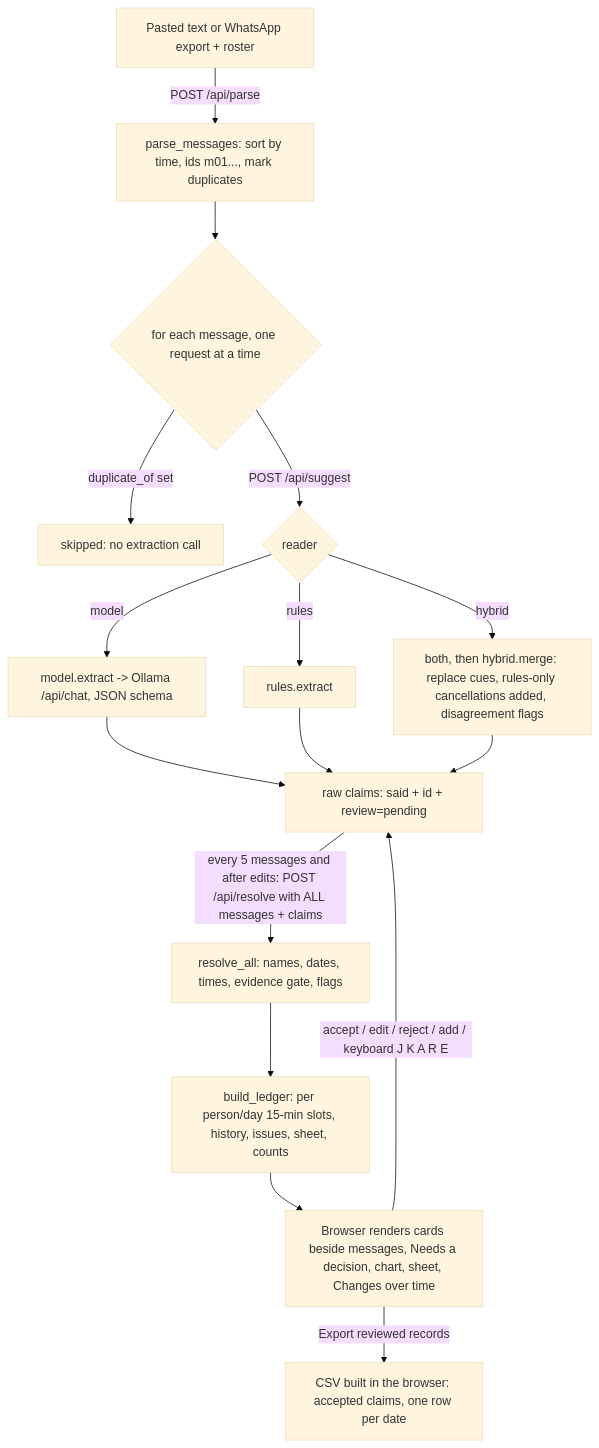
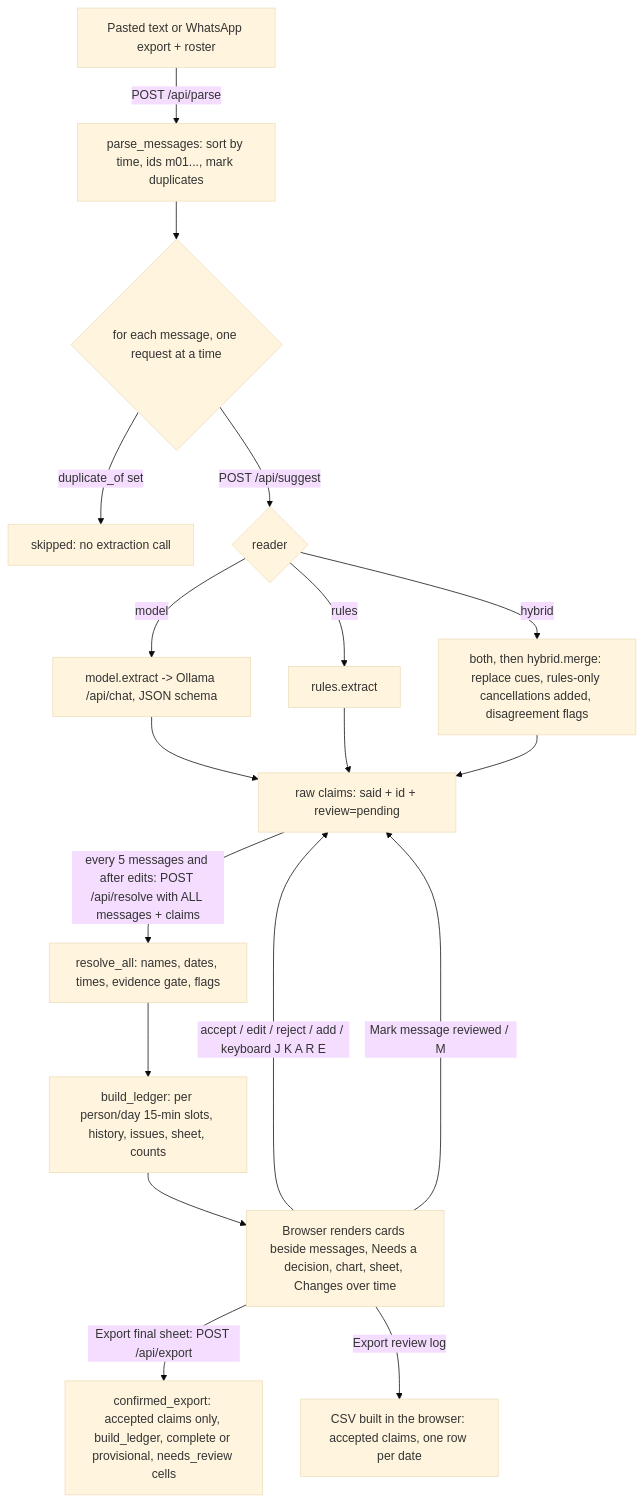
The diagram in docs/ARCHITECTURE.md (bipul724/availability-ledger), drawn with Mermaid (base theme) before and after one commit. The commit also changed other lines of this file and 18 other files, not shown here.

````diff
--- a/docs/ARCHITECTURE.md
+++ b/docs/ARCHITECTURE.md
@@ -66,18 +67,20 @@
 ```mermaid
 flowchart TD
     A[Pasted text or WhatsApp export + roster] -->|POST /api/parse| B[parse_messages: sort by time, ids m01..., mark duplicates]
     B --> C{for each message, one request at a time}
     C -->|duplicate_of set| C2[skipped: no extraction call]
     C -->|POST /api/suggest| D{reader}
     D -->|model| E[model.extract -> Ollama /api/chat, JSON schema]
     D -->|rules| F[rules.extract]
     D -->|hybrid| G[both, then hybrid.merge: replace cues, rules-only cancellations added, disagreement flags]
     E --> H[raw claims: said + id + review=pending]
     F --> H
     G --> H
     H -->|every 5 messages and after edits: POST /api/resolve with ALL messages + claims| I[resolve_all: names, dates, times, evidence gate, flags]
     I --> J[build_ledger: per person/day 15-min slots, history, issues, sheet, counts]
     J --> K[Browser renders cards beside messages, Needs a decision, chart, sheet, Changes over time]
     K -->|accept / edit / reject / add / keyboard J K A R E| H
-    K -->|Export reviewed records| L[CSV built in the browser: accepted claims, one row per date]
+    K -->|Mark message reviewed / M| H
+    K -->|Export final sheet: POST /api/export| M[confirmed_export: accepted claims only, build_ledger, complete or provisional, needs_review cells]
+    K -->|Export review log| L[CSV built in the browser: accepted claims, one row per date]
 ```
````
